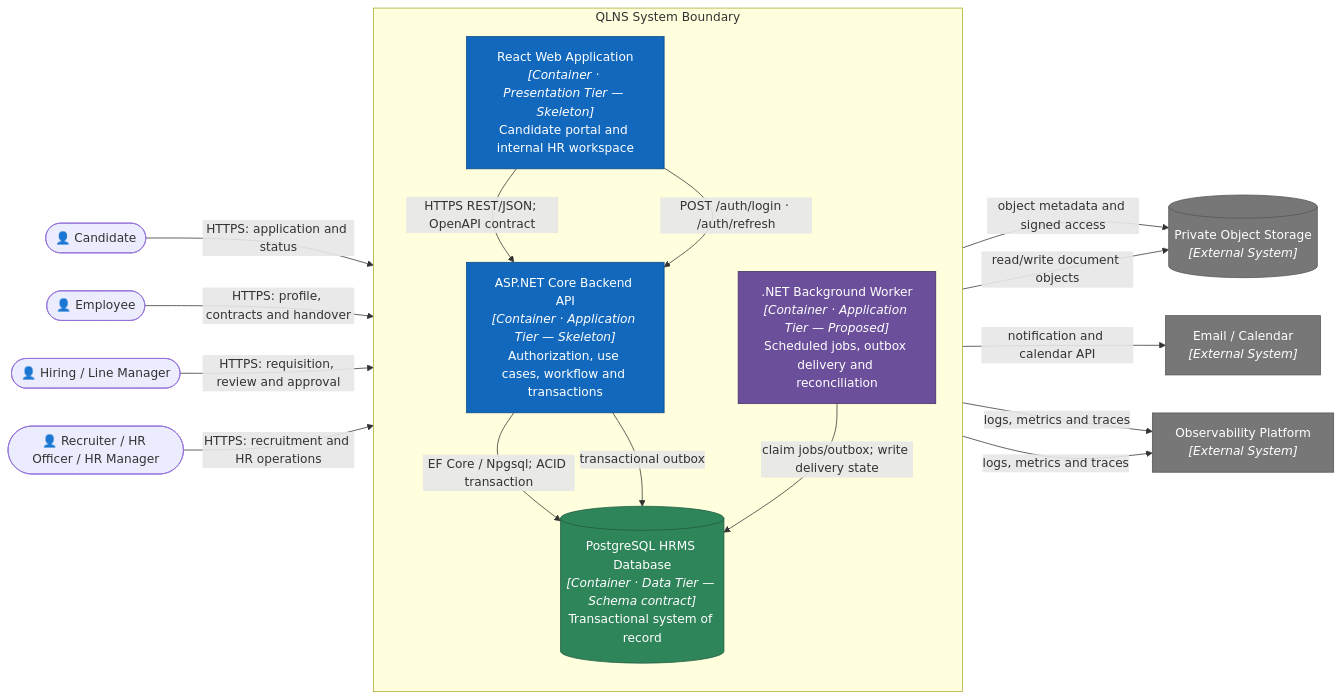
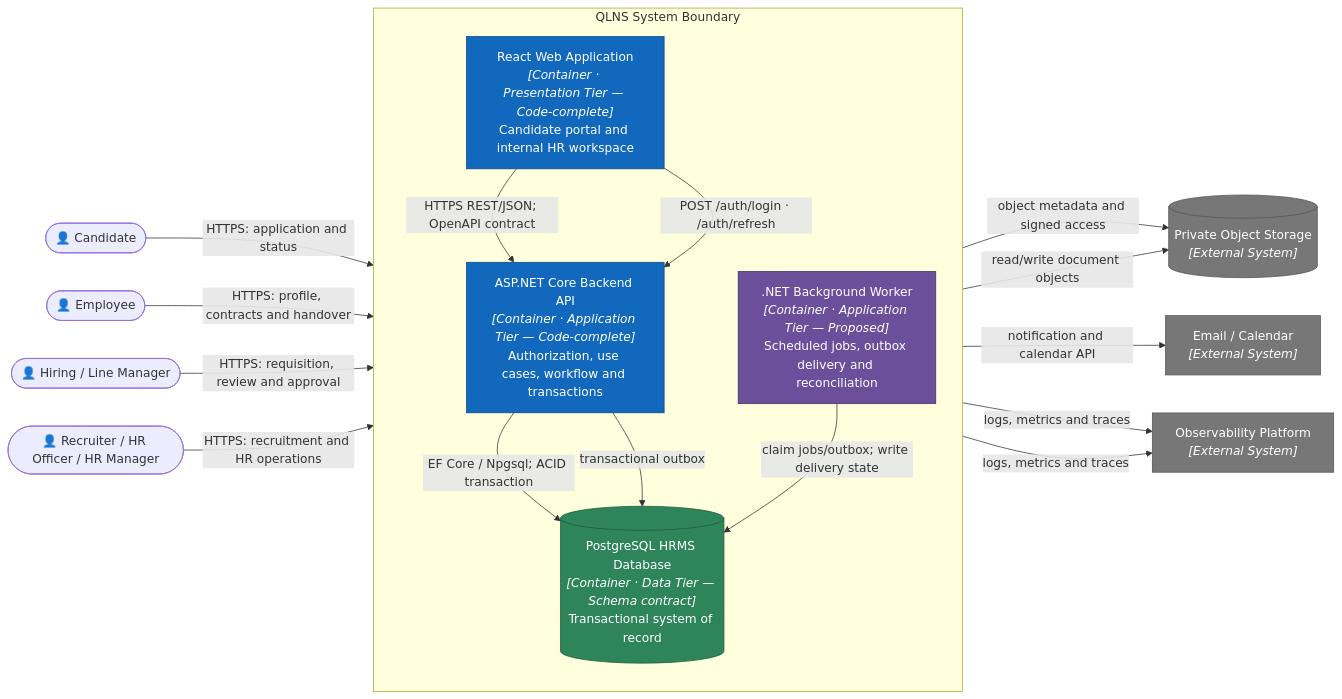
One commit to nvdat16/QLNS changed the third of 12 diagrams in docs/architecture.md. Above: the diagram before and after it, drawn with Mermaid. The commit also changed other lines of this file and 5 other files, not shown here.

First line of the commit message:
docs: replace stale "skeleton" status with the actual code-complete state

````diff
--- a/docs/architecture.md
+++ b/docs/architecture.md
@@ -155,45 +155,45 @@
 ```mermaid
 flowchart LR
     candidate(["👤 Candidate"])
     employee(["👤 Employee"])
     manager(["👤 Hiring / Line Manager"])
     hr(["👤 Recruiter / HR Officer / HR Manager"])
 
     subgraph system["QLNS System Boundary"]
         direction TB
-        web["React Web Application<br/><i>[Container · Presentation Tier — Skeleton]</i><br/>Candidate portal and internal HR workspace"]
-        api["ASP.NET Core Backend API<br/><i>[Container · Application Tier — Skeleton]</i><br/>Authorization, use cases, workflow and transactions"]
+        web["React Web Application<br/><i>[Container · Presentation Tier — Code-complete]</i><br/>Candidate portal and internal HR workspace"]
+        api["ASP.NET Core Backend API<br/><i>[Container · Application Tier — Code-complete]</i><br/>Authorization, use cases, workflow and transactions"]
         worker[".NET Background Worker<br/><i>[Container · Application Tier — Proposed]</i><br/>Scheduled jobs, outbox delivery and reconciliation"]
         db[("PostgreSQL HRMS Database<br/><i>[Container · Data Tier — Schema contract]</i><br/>Transactional system of record")]
     end
 
     comms["Email / Calendar<br/><i>[External System]</i>"]
     objects[("Private Object Storage<br/><i>[External System]</i>")]
     observe["Observability Platform<br/><i>[External System]</i>"]
 
     candidate -->|"HTTPS: application and status"| web
     employee -->|"HTTPS: profile, contracts and handover"| web
     manager -->|"HTTPS: requisition, review and approval"| web
     hr -->|"HTTPS: recruitment and HR operations"| web
 
     web -->|"HTTPS REST/JSON; OpenAPI contract"| api
     web -->|"POST /auth/login · /auth/refresh"| api
     api -->|"EF Core / Npgsql; ACID transaction"| db
     api -->|"object metadata and signed access"| objects
     api -->|"transactional outbox"| db
 
     worker -->|"claim jobs/outbox; write delivery state"| db
     worker -->|"notification and calendar API"| comms
     worker -->|"read/write document objects"| objects
     api -->|"logs, metrics and traces"| observe
     worker -->|"logs, metrics and traces"| observe
 
     classDef partial fill:#1168bd,color:#fff,stroke:#0b4884
     classDef proposed fill:#6b4f9b,color:#fff,stroke:#463267
     classDef contract fill:#2f855a,color:#fff,stroke:#1f5b3d
     classDef external fill:#777,color:#fff,stroke:#555
     class web,api partial
     class worker proposed
     class db contract
     class comms,objects,observe external
 ```
````
